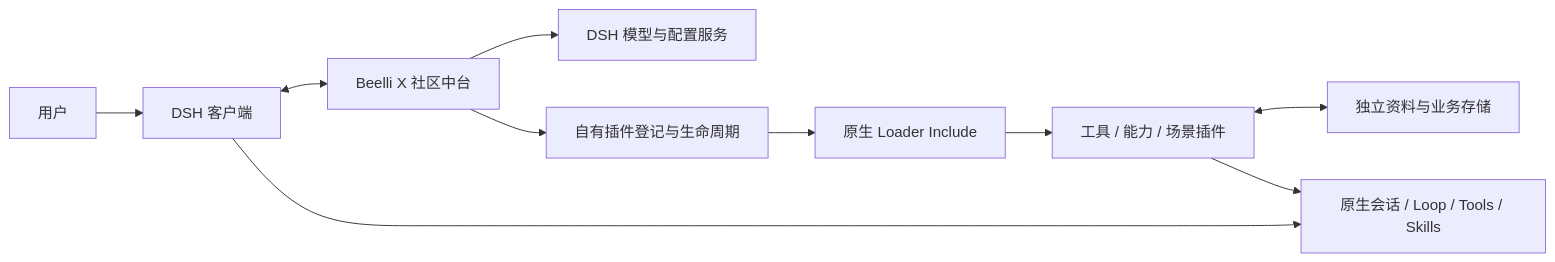
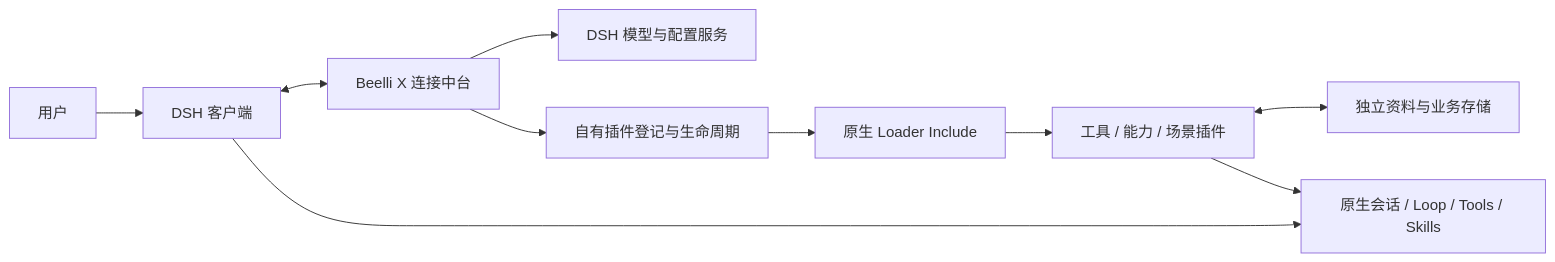
One commit to Beellix-dev/dsh-beellix-plugin changed the diagram in docs/architecture.md. Above: the diagram before and after it, drawn with Mermaid. The commit also changed other lines of this file and 9 other files, not shown here.

````diff
--- a/docs/architecture.md
+++ b/docs/architecture.md
@@ -7,12 +7,12 @@
 ```mermaid
 flowchart LR
   U[用户] --> D[DSH 客户端]
-  D <--> P[Beelli X 社区中台]
+  D <--> P[Beelli X 连接中台]
   D --> H[原生会话 / Loop / Tools / Skills]
   P --> M[DSH 模型与配置服务]
   P --> R[自有插件登记与生命周期]
   R --> L[原生 Loader Include]
   L --> B[工具 / 能力 / 场景插件]
   B <--> S[独立资料与业务存储]
   B --> H
 ```
````
